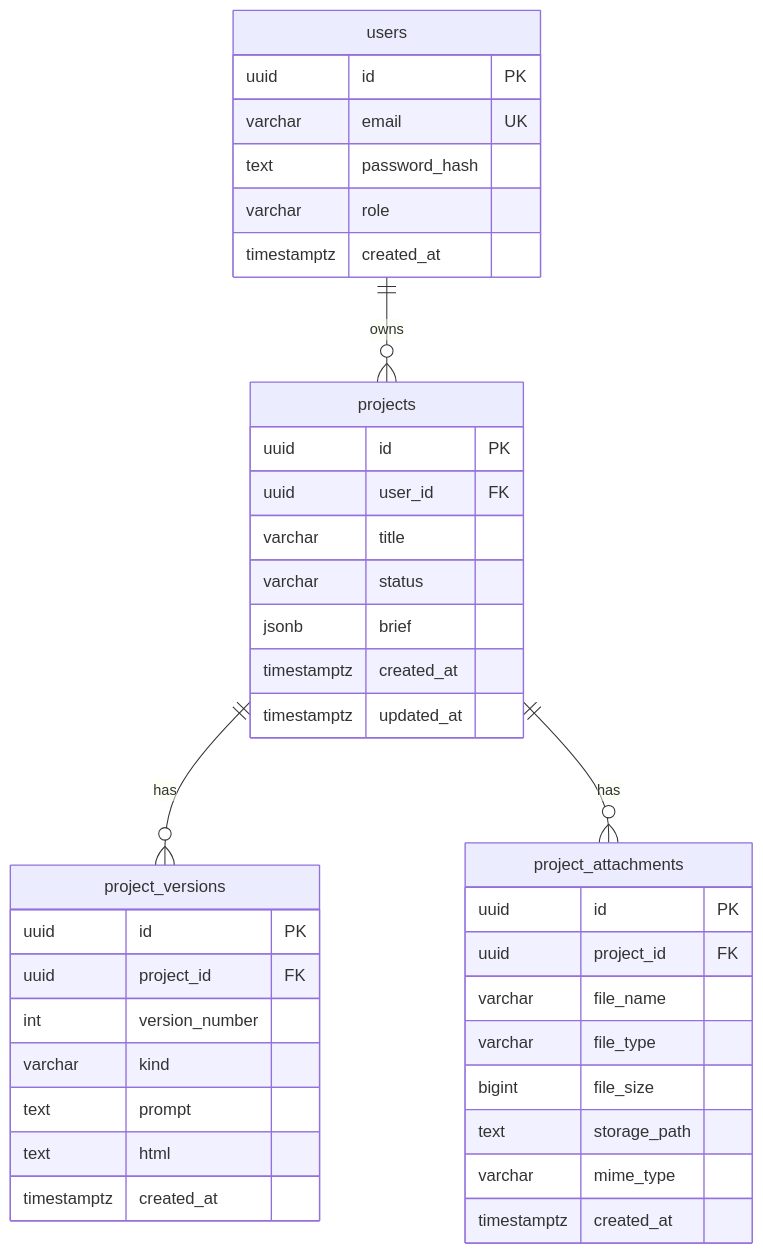
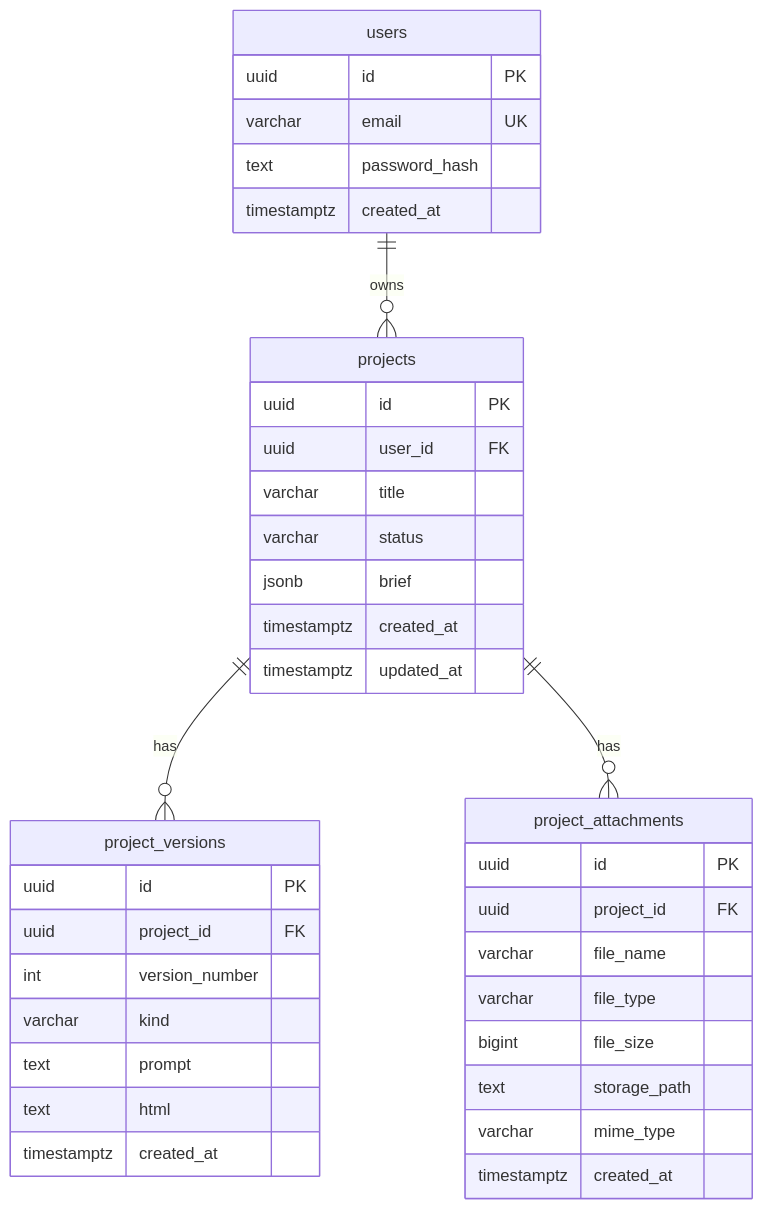
The third of 3 diagrams in docs/architecture.md (Abshoor24/NusaAI-BE), drawn with Mermaid before and after one commit. The commit also changed other lines of this file and 44 other files, not shown here.

````diff
--- a/docs/architecture.md
+++ b/docs/architecture.md
@@ -314,45 +314,44 @@
 ```mermaid
 erDiagram
     users ||--o{ projects : "owns"
     projects ||--o{ project_versions : "has"
     projects ||--o{ project_attachments : "has"
 
     users {
         uuid id PK
         varchar email UK
         text password_hash
-        varchar role
         timestamptz created_at
     }
 
     projects {
         uuid id PK
         uuid user_id FK
         varchar title
         varchar status
         jsonb brief
         timestamptz created_at
         timestamptz updated_at
     }
 
     project_versions {
         uuid id PK
         uuid project_id FK
         int version_number
         varchar kind
         text prompt
         text html
         timestamptz created_at
     }
 
     project_attachments {
         uuid id PK
         uuid project_id FK
         varchar file_name
         varchar file_type
         bigint file_size
         text storage_path
         varchar mime_type
         timestamptz created_at
     }
 ```
````
